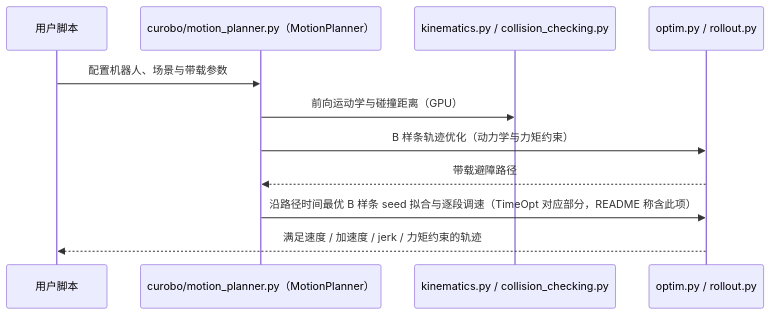
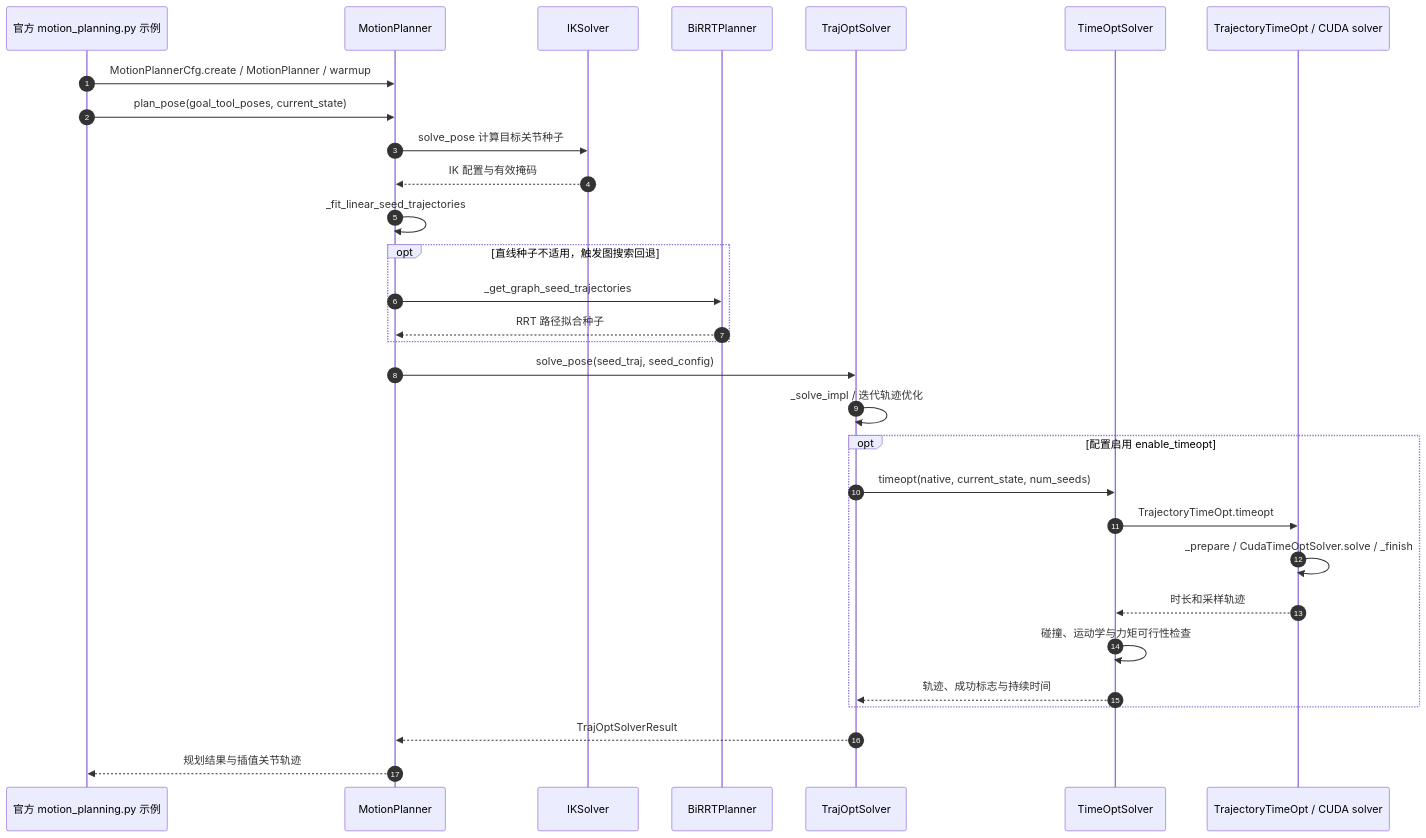
The second of 2 diagrams in wiki/entities/paper-curobov2-fast.md (ImChong/Robotics_Notebooks), drawn with Mermaid before and after one commit. The commit also changed other lines of this file, not shown here.

Commit message:
[2026-11-08] ingest | wiki/entities/paper-curobov2-fast.md — 增补原文深读及双 Mermaid 图

````diff
--- a/wiki/entities/paper-curobov2-fast.md
+++ b/wiki/entities/paper-curobov2-fast.md
@@ -60,13 +101,32 @@
 ```mermaid
 sequenceDiagram
-  participant U as 用户脚本
-  participant MP as curobo/motion_planner.py（MotionPlanner）
-  participant K as kinematics.py / collision_checking.py
-  participant O as optim.py / rollout.py
-  U->>MP: 配置机器人、场景与带载参数
-  MP->>K: 前向运动学与碰撞距离（GPU）
-  MP->>O: B 样条轨迹优化（动力学与力矩约束）
-  O-->>MP: 带载避障路径
-  MP->>O: 沿路径时间最优 B 样条 seed 拟合与逐段调速（TimeOpt 对应部分，README 称含此项）
-  O-->>U: 满足速度 / 加速度 / jerk / 力矩约束的轨迹
+  autonumber
+  participant Demo as 官方 motion_planning.py 示例
+  participant MP as MotionPlanner
+  participant IK as IKSolver
+  participant RRT as BiRRTPlanner
+  participant TO as TrajOptSolver
+  participant Time as TimeOptSolver
+  participant GPU as TrajectoryTimeOpt / CUDA solver
+  Demo->>MP: MotionPlannerCfg.create / MotionPlanner / warmup
+  Demo->>MP: plan_pose(goal_tool_poses, current_state)
+  MP->>IK: solve_pose 计算目标关节种子
+  IK-->>MP: IK 配置与有效掩码
+  MP->>MP: _fit_linear_seed_trajectories
+  opt 直线种子不适用，触发图搜索回退
+    MP->>RRT: _get_graph_seed_trajectories
+    RRT-->>MP: RRT 路径拟合种子
+  end
+  MP->>TO: solve_pose(seed_traj, seed_config)
+  TO->>TO: _solve_impl / 迭代轨迹优化
+  opt 配置启用 enable_timeopt
+    TO->>Time: timeopt(native, current_state, num_seeds)
+    Time->>GPU: TrajectoryTimeOpt.timeopt
+    GPU->>GPU: _prepare / CudaTimeOptSolver.solve / _finish
+    GPU-->>Time: 时长和采样轨迹
+    Time->>Time: 碰撞、运动学与力矩可行性检查
+    Time-->>TO: 轨迹、成功标志与持续时间
+  end
+  TO-->>MP: TrajOptSolverResult
+  MP-->>Demo: 规划结果与插值关节轨迹
 ```
````
